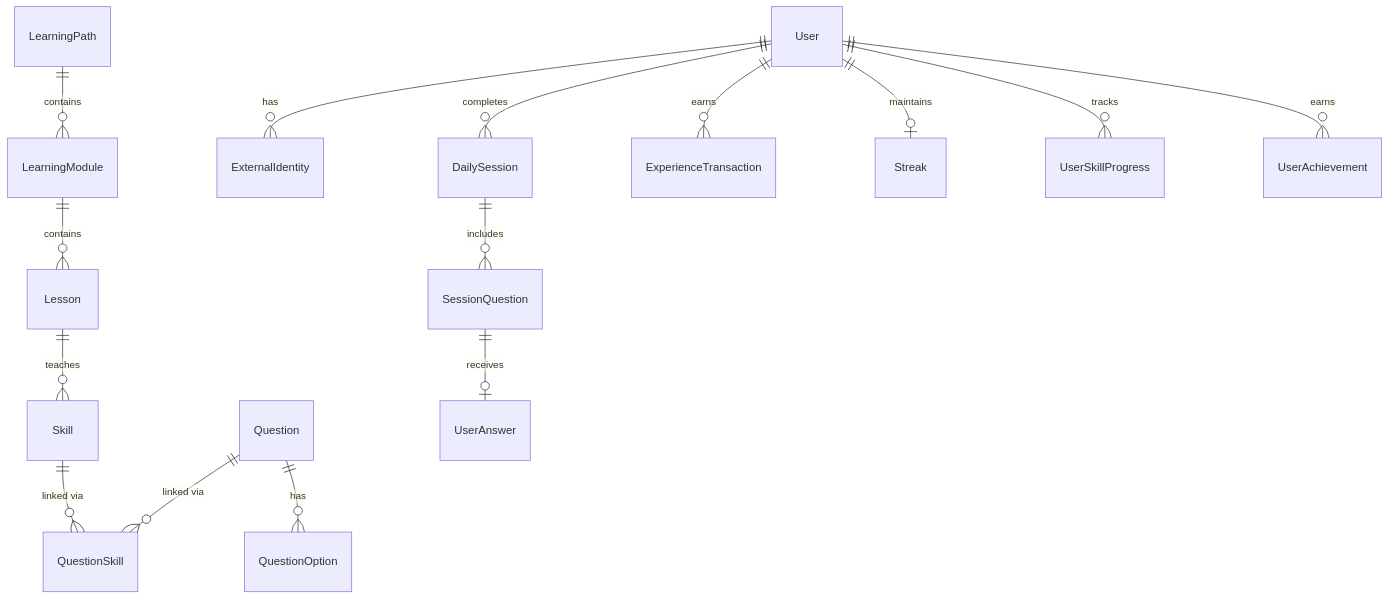
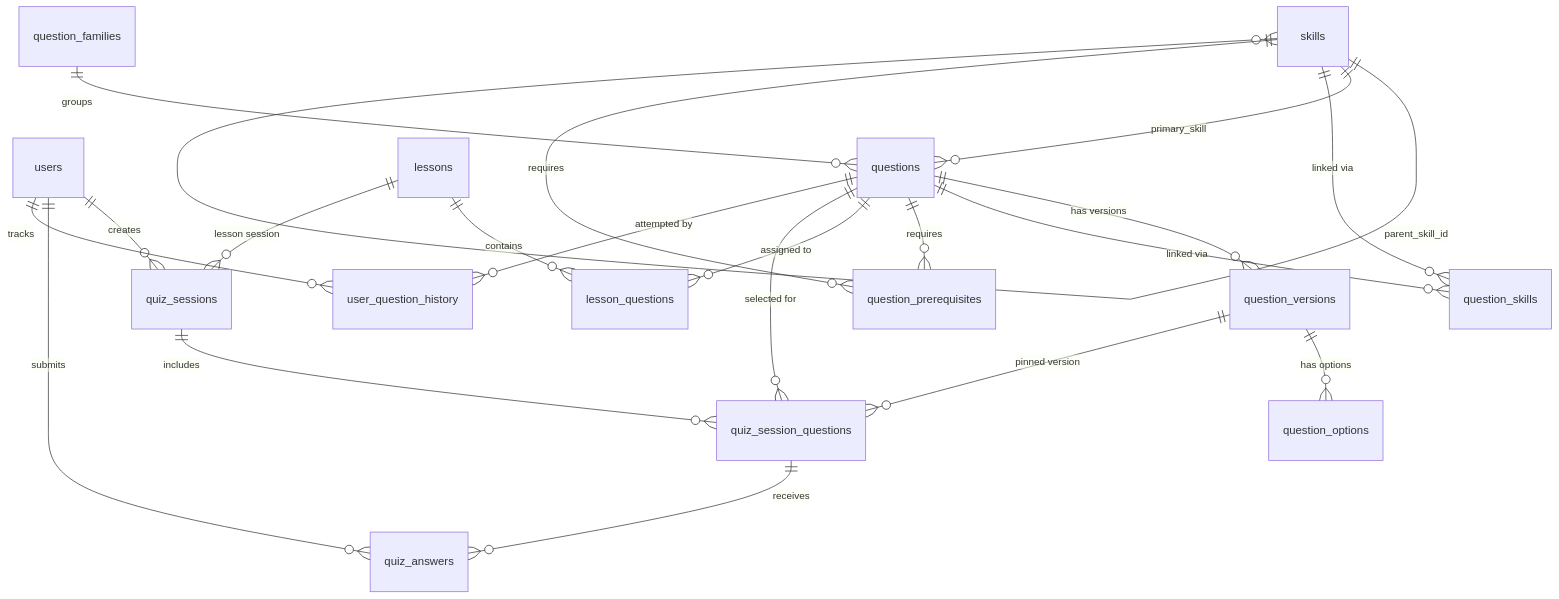
The diagram in docs/DATA_MODEL.md (gabrielspaulino/dev-game), drawn with Mermaid before and after one commit. The commit also changed other lines of this file and 25 other files, not shown here.

First line of the commit message:
feat(questions): add question schema, selection pipeline, and Drizzle migration

````diff
--- a/docs/DATA_MODEL.md
+++ b/docs/DATA_MODEL.md
@@ -94,19 +98,28 @@
 ```mermaid
 erDiagram
-    User ||--o{ ExternalIdentity : "has"
-    User ||--o{ DailySession : "completes"
-    User ||--o{ ExperienceTransaction : "earns"
-    User ||--o| Streak : "maintains"
-    User ||--o{ UserSkillProgress : "tracks"
-    User ||--o{ UserAchievement : "earns"
+    users ||--o{ quiz_sessions : "creates"
+    users ||--o{ quiz_answers : "submits"
+    users ||--o{ user_question_history : "tracks"
 
-    LearningPath ||--o{ LearningModule : "contains"
-    LearningModule ||--o{ Lesson : "contains"
-    Lesson ||--o{ Skill : "teaches"
-    Skill ||--o{ QuestionSkill : "linked via"
-    Question ||--o{ QuestionSkill : "linked via"
-    Question ||--o{ QuestionOption : "has"
+    skills ||--o{ skills : "parent_skill_id"
+    skills ||--o{ questions : "primary_skill"
+    skills ||--o{ question_skills : "linked via"
+    skills ||--o{ question_prerequisites : "requires"
 
-    DailySession ||--o{ SessionQuestion : "includes"
-    SessionQuestion ||--o| UserAnswer : "receives"
+    question_families ||--o{ questions : "groups"
+    questions ||--o{ question_versions : "has versions"
+    questions ||--o{ question_skills : "linked via"
+    questions ||--o{ question_prerequisites : "requires"
+    questions ||--o{ lesson_questions : "assigned to"
+    questions ||--o{ quiz_session_questions : "selected for"
+    questions ||--o{ user_question_history : "attempted by"
+
+    question_versions ||--o{ question_options : "has options"
+    question_versions ||--o{ quiz_session_questions : "pinned version"
+
+    lessons ||--o{ lesson_questions : "contains"
+    lessons ||--o{ quiz_sessions : "lesson session"
+
+    quiz_sessions ||--o{ quiz_session_questions : "includes"
+    quiz_session_questions ||--o{ quiz_answers : "receives"
 ```
````
